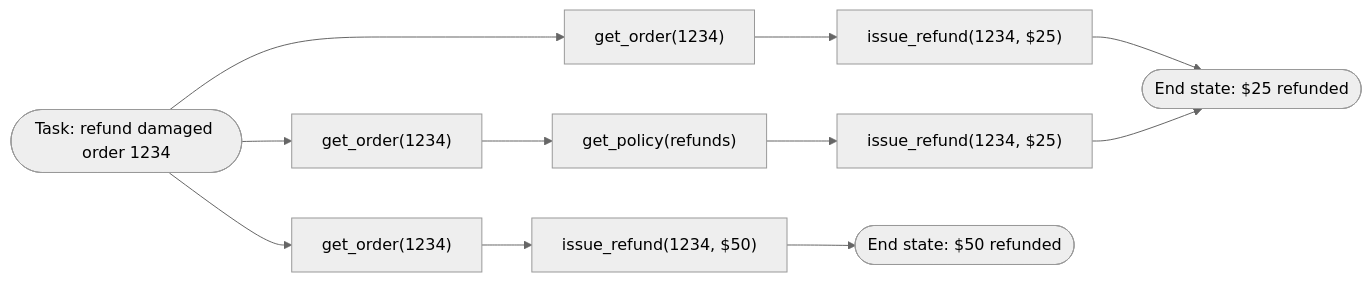
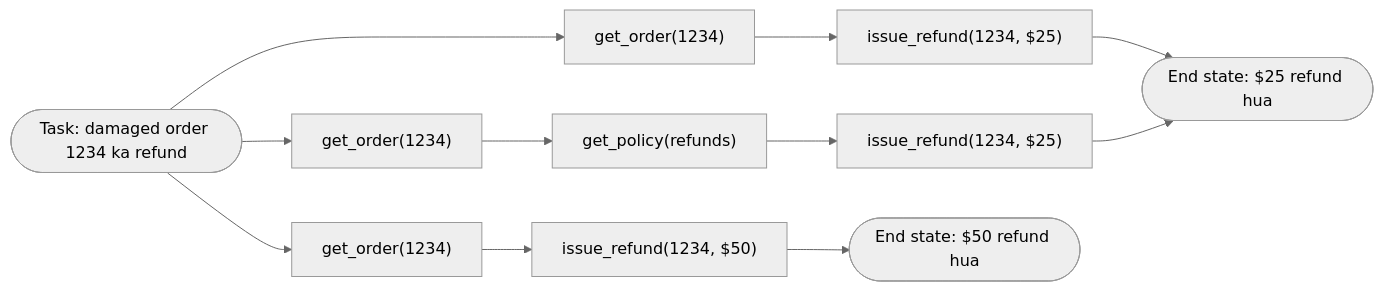
One commit to asmustechno/agentic-ai-notes changed the diagram in docs/12-evaluation/12.1-why-agent-evals-are-hard.md. Above: the diagram before and after it, drawn with Mermaid (neutral theme). The commit also changed other lines of this file and 135 other files, not shown here.

````diff
--- a/docs/12-evaluation/12.1-why-agent-evals-are-hard.md
+++ b/docs/12-evaluation/12.1-why-agent-evals-are-hard.md
@@ -48,12 +48,12 @@
 ```mermaid
 flowchart LR
-    T(["Task: refund damaged order 1234"]) --> A1["get_order(1234)"]
+    T(["Task: damaged order 1234 ka refund"]) --> A1["get_order(1234)"]
     T --> B1["get_order(1234)"]
     T --> C1["get_order(1234)"]
     A1 --> A2["issue_refund(1234, $25)"]
     B1 --> B2["get_policy(refunds)"] --> B3["issue_refund(1234, $25)"]
     C1 --> C2["issue_refund(1234, $50)"]
-    A2 --> OK(["End state: $25 refunded"])
+    A2 --> OK(["End state: $25 refund hua"])
     B3 --> OK
-    C2 --> BAD(["End state: $50 refunded"])
+    C2 --> BAD(["End state: $50 refund hua"])
 ```
````
